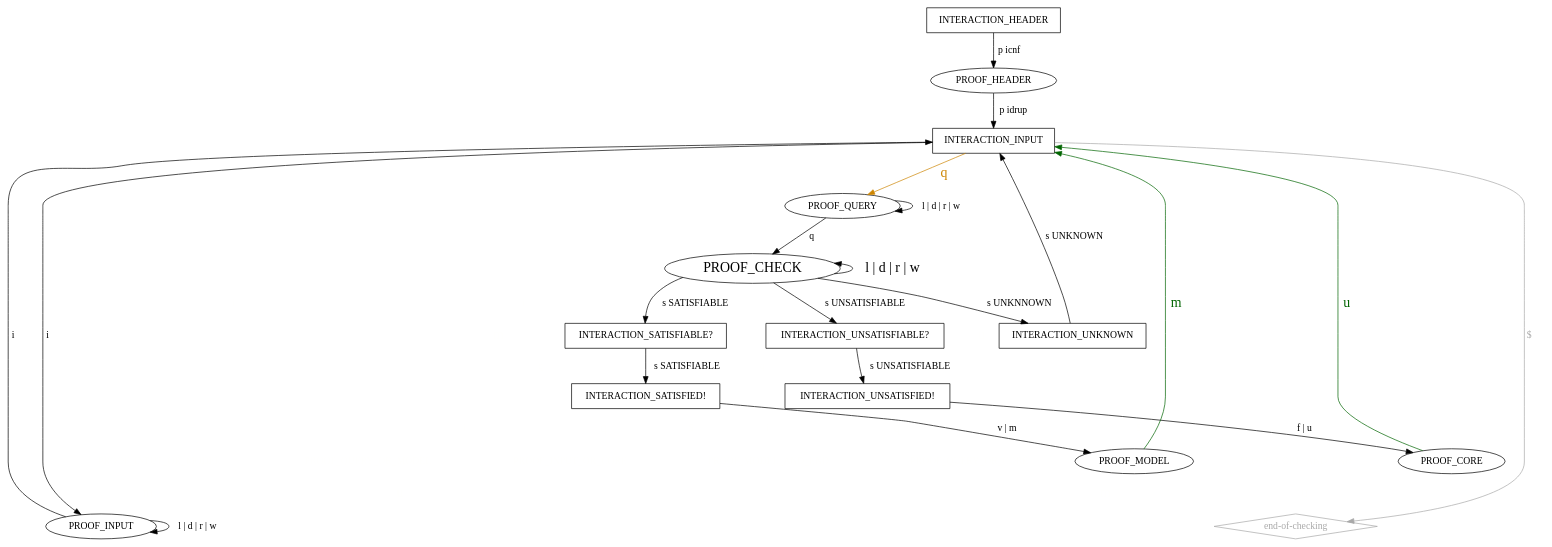
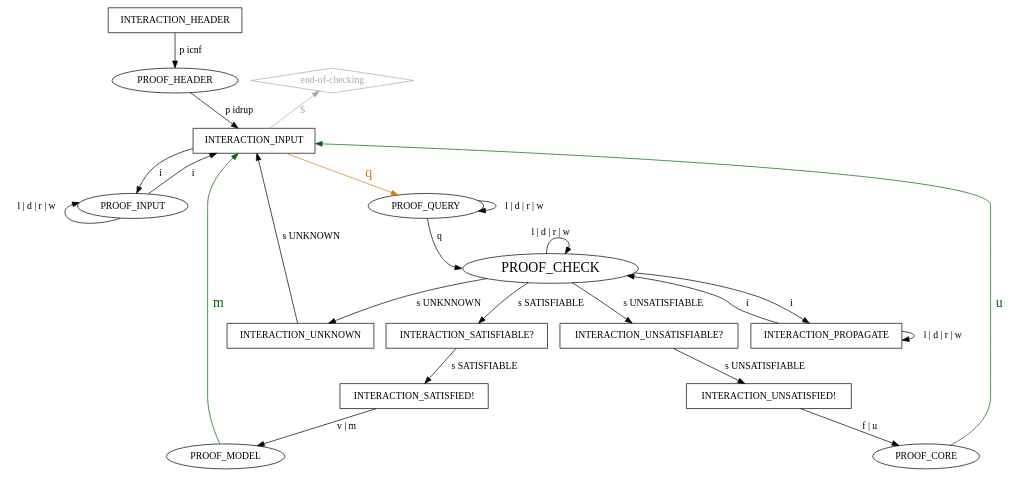
Before and after one commit to arminbiere/lidrup-check: the diagram in lidrup-check-pedantic.dot, drawn with Graphviz. The commit also changed 11 other files, not shown here.

```diff
--- a/lidrup-check-pedantic.dot
+++ b/lidrup-check-pedantic.dot
@@ -1,70 +1,48 @@
 digraph "idrup-check" {
 
   INTERACTION_HEADER [shape=box];
   INTERACTION_HEADER -> PROOF_HEADER [label=" p icnf"];
   PROOF_HEADER -> INTERACTION_INPUT [label=" p idrup"];
 
   "end-of-checking" [shape=diamond,color=darkgray,fontcolor=darkgray];
   "end-of-checking" -> INTERACTION_INPUT [label="$    ",dir=back,color=darkgray,fontcolor=darkgray];
 
   INTERACTION_INPUT [shape=box];
   INTERACTION_INPUT -> PROOF_INPUT [label=" i "];
   INTERACTION_INPUT -> PROOF_QUERY [label=" q ",color=orange3,fontsize=20,fontcolor=orange3];
 
   PROOF_INPUT -> INTERACTION_INPUT [label=" i "];
-  PROOF_INPUT -> PROOF_INPUT [label=" l | d | r | w "];
+  PROOF_INPUT:sw -> PROOF_INPUT [label=" l | d | r | w "];
 
-  PROOF_QUERY -> PROOF_CHECK [label=" q "];
+  PROOF_QUERY -> PROOF_CHECK:w [label=" q "];
   PROOF_QUERY -> PROOF_QUERY [label=" l | d | r | w "];
 
   PROOF_CHECK [fontsize=20];
-  PROOF_CHECK -> PROOF_CHECK [label=" l | d | r | w ",dir=back,fontsize=20];
+  PROOF_CHECK:_ -> PROOF_CHECK:ne [label=" l | d | r | w "];
   PROOF_CHECK -> INTERACTION_SATISFIABLE [label=" s SATISFIABLE "];
   PROOF_CHECK -> INTERACTION_UNSATISFIABLE [label=" s UNSATISFIABLE "];
+  PROOF_CHECK -> INTERACTION_PROPAGATE [label=" i "];
   PROOF_CHECK -> INTERACTION_UNKNOWN [label=" s UNKNNOWN "];
 
   INTERACTION_UNSATISFIABLE [shape="box",label="INTERACTION_UNSATISFIABLE?"];
   INTERACTION_UNSATISFIABLE -> INTERACTION_UNSATISFIED [label=" s UNSATISFIABLE "];
 
   INTERACTION_SATISFIABLE [shape="box",label="INTERACTION_SATISFIABLE?"];
   INTERACTION_SATISFIABLE -> INTERACTION_SATISFIED [label=" s SATISFIABLE "];
 
   INTERACTION_SATISFIED [shape=box,label="INTERACTION_SATISFIED!"];
   INTERACTION_SATISFIED -> PROOF_MODEL [label=" v | m "];
-  INTERACTION_SATISFIED -> PROOF_INPUT_OR_MODEL [label=" i ",color=invis,fontcolor=invis];
-  INTERACTION_SATISFIED -> PROOF_QUERY_OR_MODEL [label=" q ", color=invis,fontsize=20,fontcolor=invis];
-  INTERACTION_SATISFIED -> PROOF_MODEL_AND_END [label=" $ ",color=invis,fontcolor=invis];
 
   INTERACTION_UNSATISFIED [shape=box,label="INTERACTION_UNSATISFIED!"];
   INTERACTION_UNSATISFIED -> PROOF_CORE [label=" f | u "];
-  INTERACTION_UNSATISFIED -> PROOF_INPUT_OR_CORE [label=" i ",color=invis,fontcolor=invis];
-  INTERACTION_UNSATISFIED -> PROOF_QUERY_OR_CORE [label=" q ",color=invis,fontsize=20,fontcolor=invis];
-  INTERACTION_UNSATISFIED -> PROOF_CORE_AND_END [label=" $ ",color=invis,fontcolor=invis];
 
   INTERACTION_UNKNOWN [shape=box];
-  INTERACTION_UNKNOWN -> INTERACTION_INPUT [label="s UNKNOWN",weight=2];
+  INTERACTION_UNKNOWN -> INTERACTION_INPUT [label="s UNKNOWN"];
 
-  PROOF_MODEL_AND_END [color=invis,fontcolor=invis]
-  PROOF_MODEL_AND_END -> "end-of-checking" [label=" m ",color=invis,fontsize=20,fontcolor=invis];
-  PROOF_CORE_AND_END [color=invis,fontcolor=invis]
-  PROOF_CORE_AND_END -> "end-of-checking" [label=" u ",color=invis,fontsize=20,fontcolor=invis];
+  INTERACTION_PROPAGATE [shape=box];
+  INTERACTION_PROPAGATE -> PROOF_CHECK [label=" i "];
+  INTERACTION_PROPAGATE -> INTERACTION_PROPAGATE [label=" l | d | r | w "];
 
   PROOF_MODEL -> INTERACTION_INPUT [label=" m ",color=darkgreen,fontsize=20,fontcolor=darkgreen];
   PROOF_CORE -> INTERACTION_INPUT [label=" u ",color=darkgreen,fontsize=20,fontcolor=darkgreen];
-
-  PROOF_INPUT_OR_MODEL [color=invis,fontcolor=invis];
-  PROOF_INPUT_OR_MODEL -> INTERACTION_INPUT [label=" i ",color=invis,fontcolor=invis];
-  PROOF_INPUT_OR_MODEL -> PROOF_INPUT [label=" m ", color=invis,fontcolor=invis,fontsize=20];
-
-  PROOF_QUERY_OR_MODEL [color=invis,fontcolor=invis];
-  PROOF_QUERY_OR_MODEL -> PROOF_QUERY [label=" m ",color=invis,fontcolor=invis,fontsize=20];
-  PROOF_QUERY_OR_MODEL -> PROOF_CHECK [label=" q ",color=invis,fontcolor=invis];
-
-  PROOF_QUERY_OR_CORE [color=invis,fontcolor=invis];
-  PROOF_QUERY_OR_CORE -> PROOF_QUERY [label=" u ",color=invis,fontcolor=invis,fontsize=20];
-  PROOF_QUERY_OR_CORE -> PROOF_CHECK [label=" q ",color=invis,fontcolor=invis];
-
-  PROOF_INPUT_OR_CORE [color=invis,fontcolor=invis];
-  PROOF_INPUT_OR_CORE -> PROOF_INPUT [label=" u ",color=invis,fontcolor=invis,fontsize=20];
-  PROOF_INPUT_OR_CORE -> INTERACTION_INPUT [label=" i ",color=invis,fontcolor=invis];
 }
```
